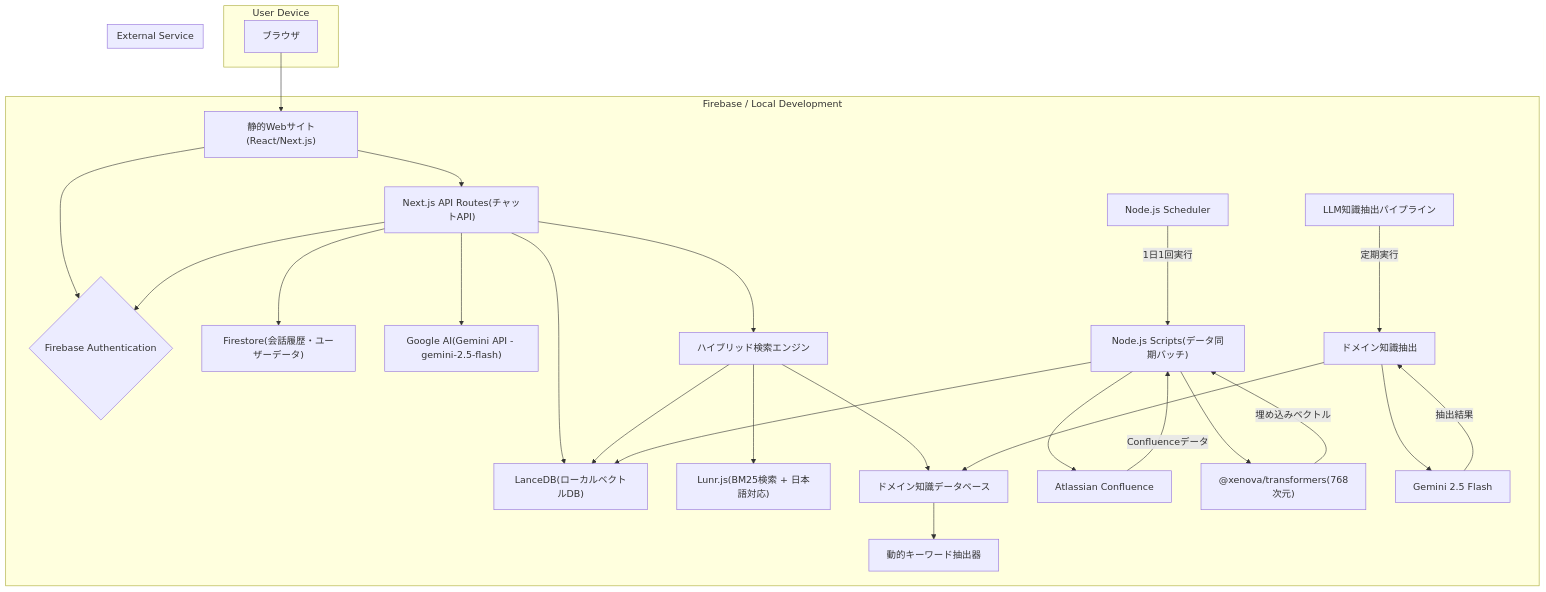
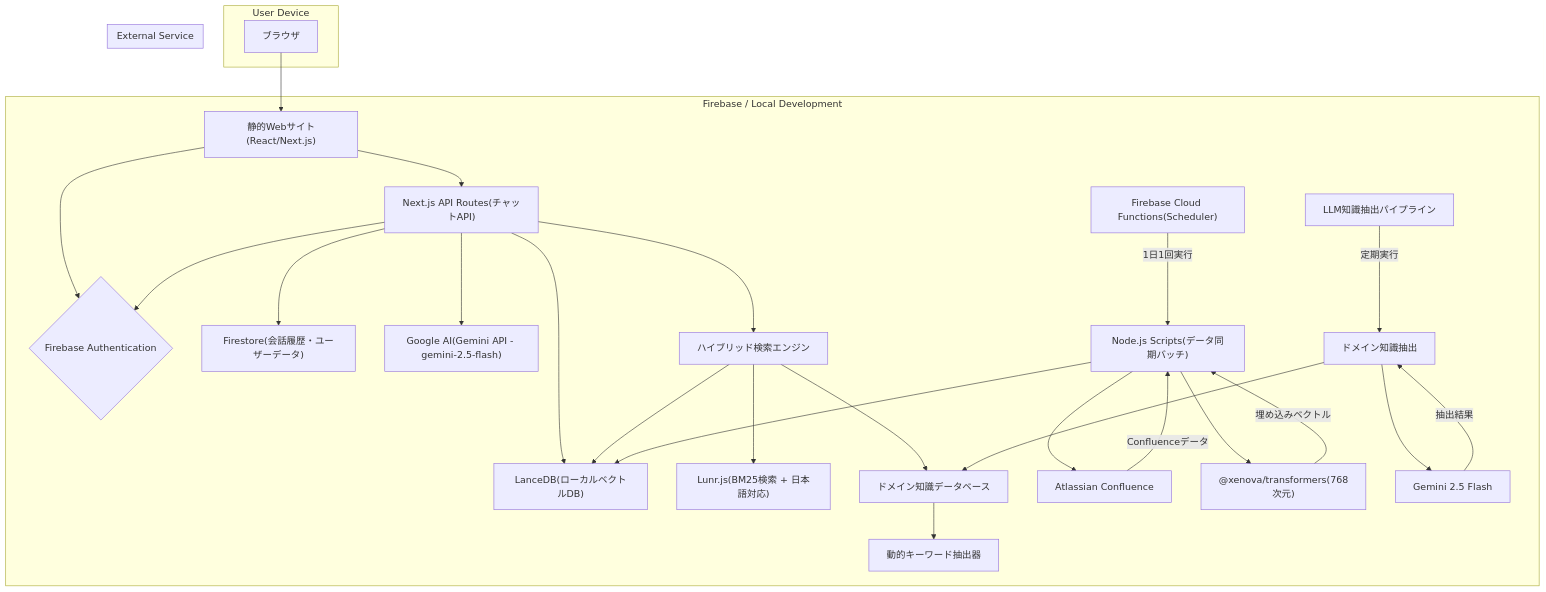
One commit to gucchon001/Confluence_firebase changed the diagram in docs/specifications/spec.md. Above: the diagram before and after it, drawn with Mermaid. The commit also changed other lines of this file and 22 other files, not shown here.

````diff
--- a/docs/specifications/spec.md
+++ b/docs/specifications/spec.md
@@ -78,37 +78,37 @@
 ```mermaid
 graph TD
     subgraph User Device
         A[ブラウザ]
     end
 
     subgraph Firebase / Local Development
         B[Firebase Hosting] --> C{Firebase Authentication}
         A --> B["静的Webサイト(React/Next.js)"]
         B --> D["Next.js API Routes(チャットAPI)"]
         D --> C
         D --> E["Firestore(会話履歴・ユーザーデータ)"]
         D --> F["Google AI(Gemini API - gemini-2.5-flash)"]
         D --> G["LanceDB(ローカルベクトルDB)"]
         D --> L["ハイブリッド検索エンジン"]
         L --> G
         L --> M["Lunr.js(BM25検索 + 日本語対応)"]
         L --> N["ドメイン知識データベース"]
         N --> O["動的キーワード抽出器"]
 
-        H["Node.js Scheduler"] -- 1日1回実行 --> I["Node.js Scripts(データ同期バッチ)"]
+        H["Firebase Cloud Functions(Scheduler)"] -- 1日1回実行 --> I["Node.js Scripts(データ同期バッチ)"]
         I --> J["Atlassian API"]
         J -- Confluenceデータ --> I
         I --> K["@xenova/transformers(768次元)"]
         K -- 埋め込みベクトル --> I
         I --> G
         
         P["LLM知識抽出パイプライン"] -- 定期実行 --> Q["ドメイン知識抽出"]
         Q --> R["Gemini 2.5 Flash"]
         R -- 抽出結果 --> Q
         Q --> N
     end
 
     subgraph External Service
         J["Atlassian Confluence"]
     end
 ```
````
